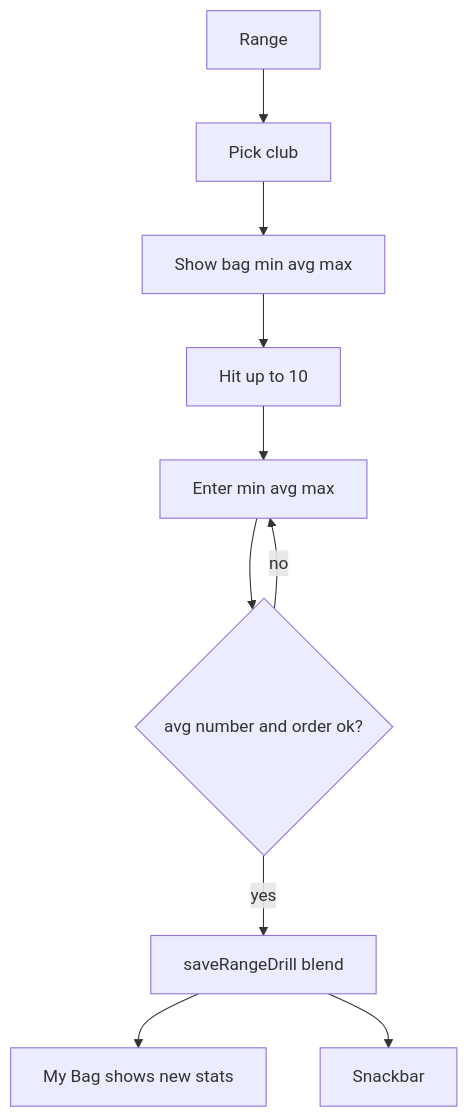
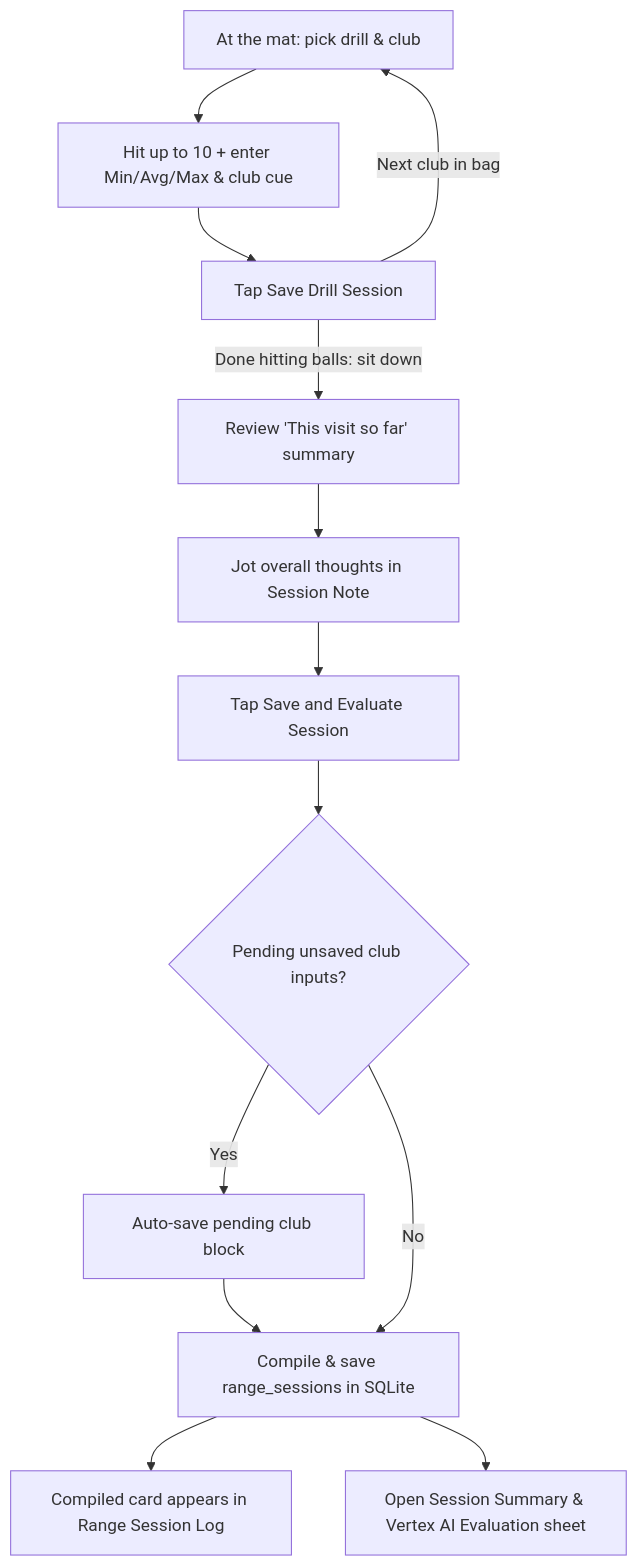
Before and after one commit to ograva/My-Golf-Diary: the diagram in docs/context/designs/Wireframe_Range.md, drawn with Mermaid. The commit also changed other lines of this file and 10 other files, not shown here.

First line of the commit message:
docs(prd,arch): add RNGE-005 session note and compiled range session log (#28)

````diff
--- a/docs/context/designs/Wireframe_Range.md
+++ b/docs/context/designs/Wireframe_Range.md
@@ -97,12 +112,14 @@
 ```mermaid
 flowchart TD
-  open[Range] --> club[Pick club]
-  club --> base[Show bag min avg max]
-  base --> hits[Hit up to 10]
-  hits --> nums[Enter min avg max]
-  nums --> valid{avg number and order ok?}
-  valid -->|no| nums
-  valid -->|yes| save[saveRangeDrill blend]
-  save --> bag[My Bag shows new stats]
-  save --> snack[Snackbar]
+  mat[At the mat: pick drill & club] --> block[Hit up to 10 + enter Min/Avg/Max & club cue]
+  block --> saveBlock[Tap Save Drill Session]
+  saveBlock -->|Next club in bag| mat
+  saveBlock -->|Done hitting balls: sit down| sit[Review 'This visit so far' summary]
+  sit --> note[Jot overall thoughts in Session Note]
+  note --> compile[Tap Save and Evaluate Session]
+  compile --> flush{Pending unsaved club inputs?}
+  flush -->|Yes| autoSave[Auto-save pending club block] --> db[Compile & save range_sessions in SQLite]
+  flush -->|No| db
+  db --> log[Compiled card appears in Range Session Log]
+  db --> evalSheet[Open Session Summary & Vertex AI Evaluation sheet]
 ```
````
